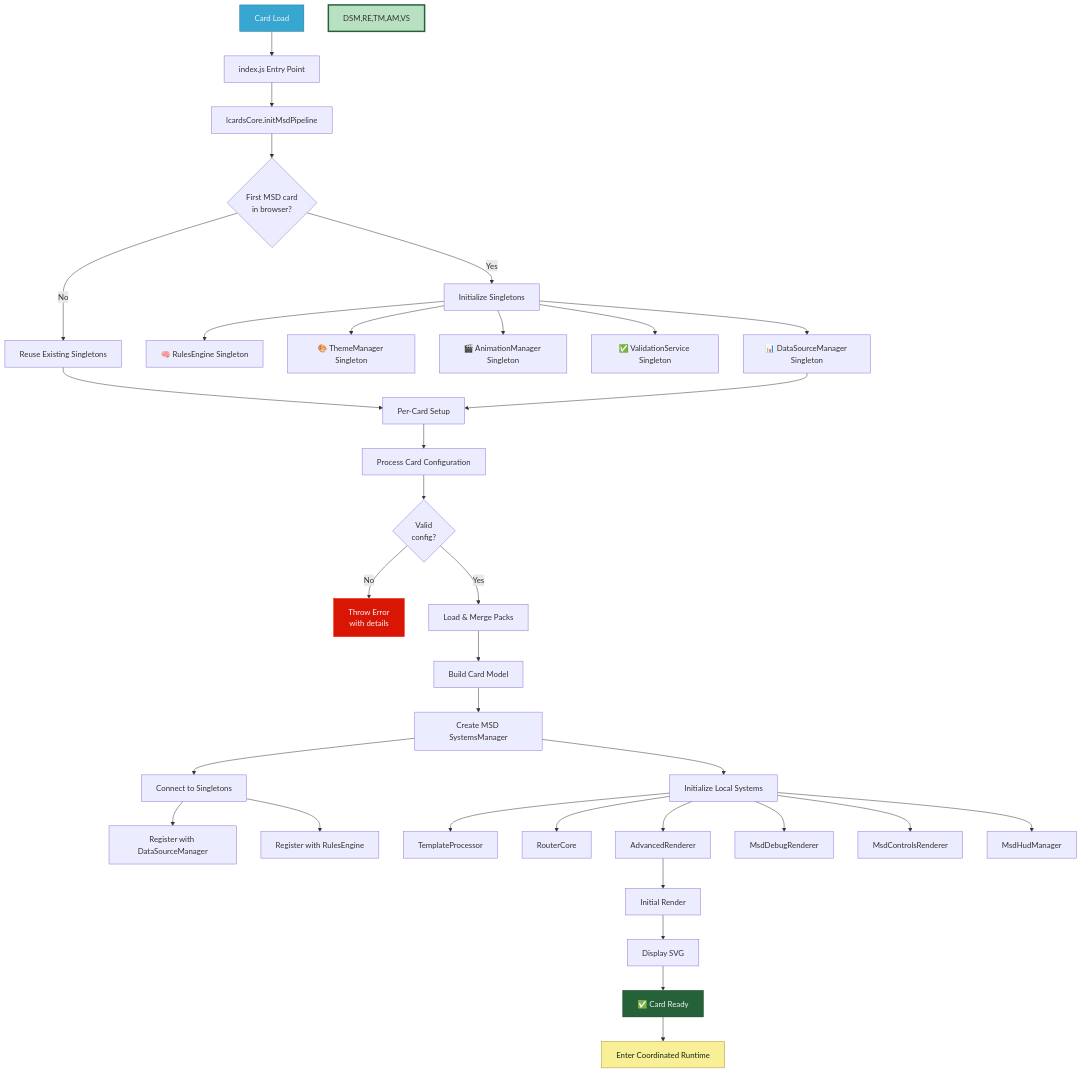
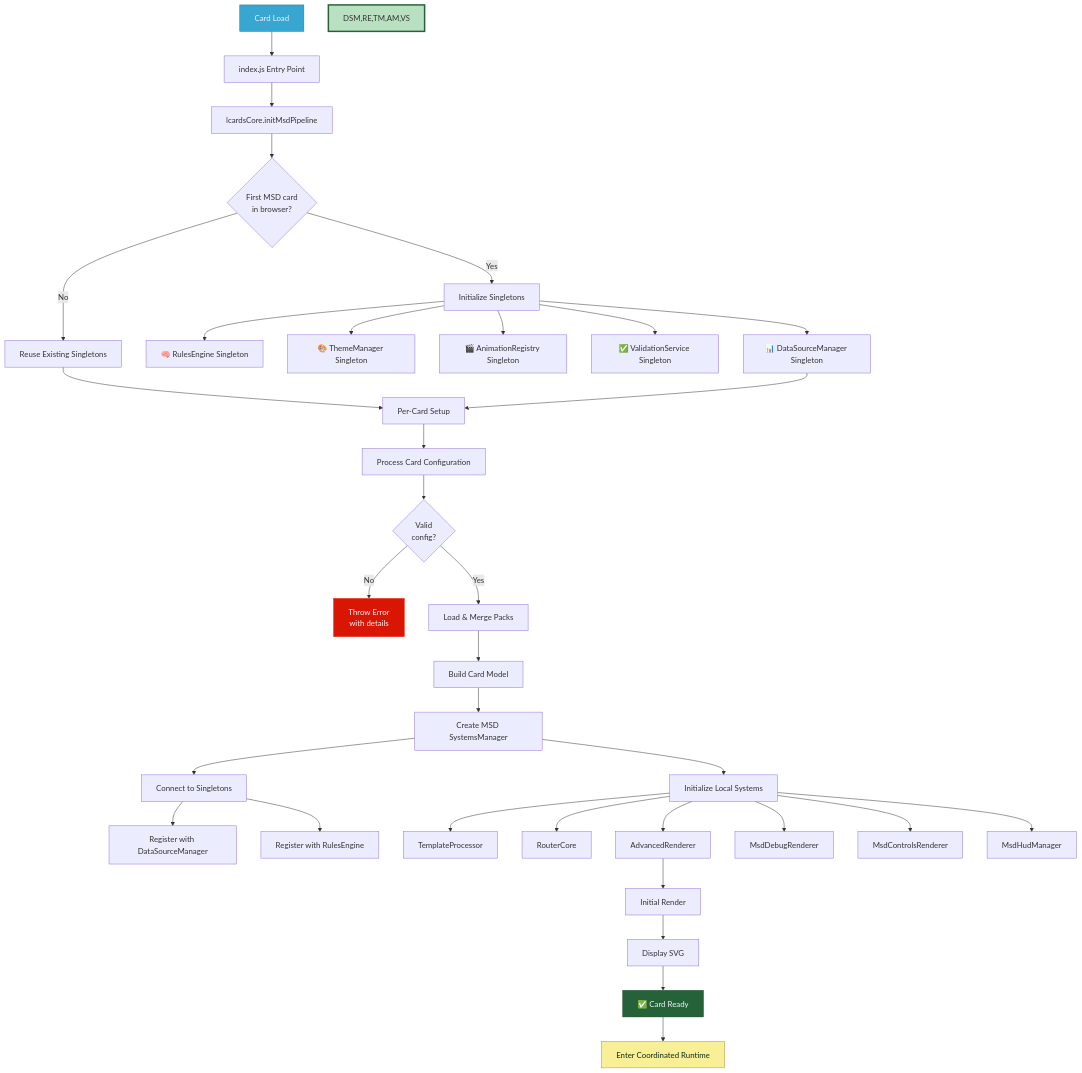
Before and after one commit to solhuebner/lcards: the third of 8 diagrams in doc/architecture/diagrams/msd-flow-part-1.md, drawn with Mermaid. The commit also changed other lines of this file and 2 other files, not shown here.

Commit message:
Update MSD flow diagrams and systems manager docs for singleton/per-card clarity

````diff
--- a/doc/architecture/diagrams/msd-flow-part-1.md
+++ b/doc/architecture/diagrams/msd-flow-part-1.md
@@ -246,50 +250,50 @@
 ```mermaid
 graph TD
     Start[Card Load] --> Entry[index.js Entry Point]
     Entry --> Core[lcardsCore.initMsdPipeline]
 
     Core --> FirstCard{First MSD card<br/>in browser?}
 
     FirstCard -->|Yes| InitSingletons[Initialize Singletons]
     InitSingletons --> DSM[📊 DataSourceManager Singleton]
     InitSingletons --> RE[🧠 RulesEngine Singleton]
     InitSingletons --> TM[🎨 ThemeManager Singleton]
-    InitSingletons --> AM[🎬 AnimationManager Singleton]
+    InitSingletons --> AR[🎬 AnimationRegistry Singleton]
     InitSingletons --> VS[✅ ValidationService Singleton]
 
     FirstCard -->|No| ReuseSingletons[Reuse Existing Singletons]
     ReuseSingletons --> CardSetup
     DSM --> CardSetup[Per-Card Setup]
 
     CardSetup --> Config[Process Card Configuration]
     Config --> Valid{Valid<br/>config?}
     Valid -->|No| Error[Throw Error<br/>with details]
     Valid -->|Yes| Packs[Load & Merge Packs]
 
     Packs --> Model[Build Card Model]
     Model --> MSM[Create MSD SystemsManager]
 
     MSM --> ConnectSingletons[Connect to Singletons]
     ConnectSingletons --> RegisterDS[Register with DataSourceManager]
     ConnectSingletons --> RegisterRE[Register with RulesEngine]
 
     MSM --> LocalSystems[Initialize Local Systems]
     LocalSystems --> Template[TemplateProcessor]
     LocalSystems --> Router[RouterCore]
     LocalSystems --> Renderer[AdvancedRenderer]
     LocalSystems --> Debug[MsdDebugRenderer]
     LocalSystems --> Controls[MsdControlsRenderer]
     LocalSystems --> HUD[MsdHudManager]
 
     Renderer --> Initial[Initial Render]
     Initial --> Display[Display SVG]
     Display --> Ready[✅ Card Ready]
 
     Ready --> Runtime[Enter Coordinated Runtime]
 
     style Start fill:#37a6d1,stroke:#2a7193,color:#f3f4f7
     style Error fill:#d91604,stroke:#ef1d10,color:#f3f4f7
     style Ready fill:#266239,stroke:#083717,color:#f3f4f7
     style Runtime fill:#f9ef97,stroke:#ac943b,color:#0c2a15
     style DSM,RE,TM,AM,VS fill:#b8e0c1,stroke:#266239,stroke-width:3px
 ```
````
